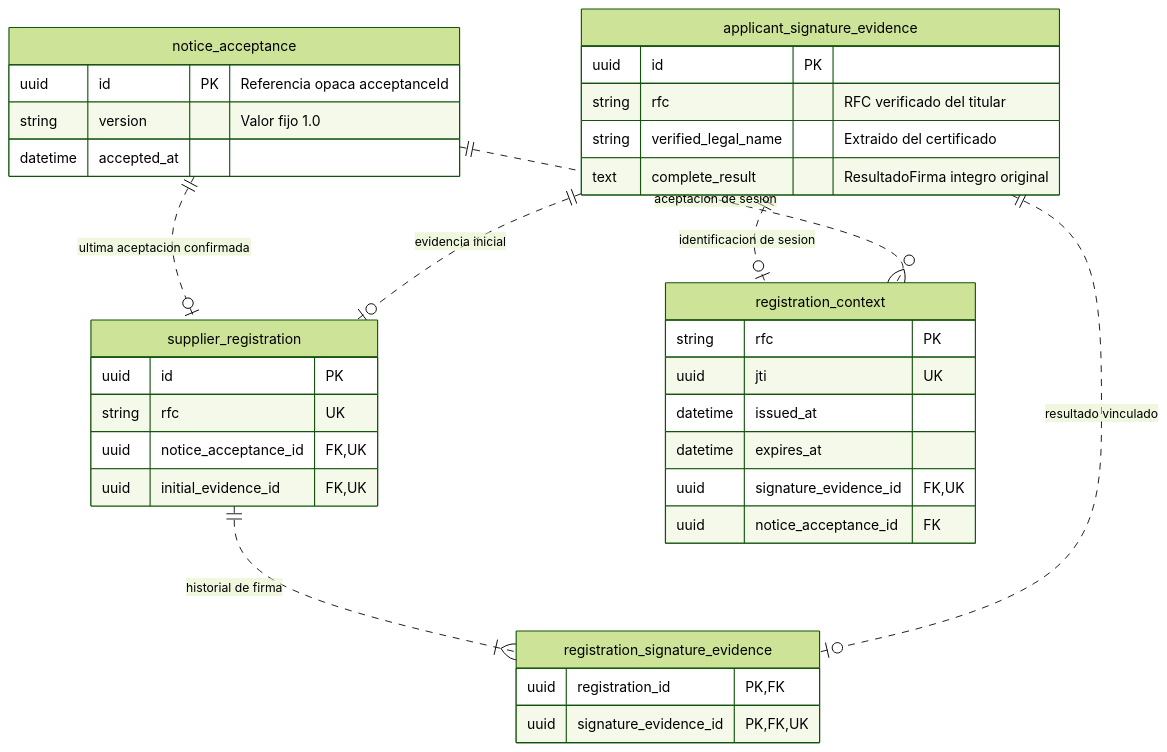
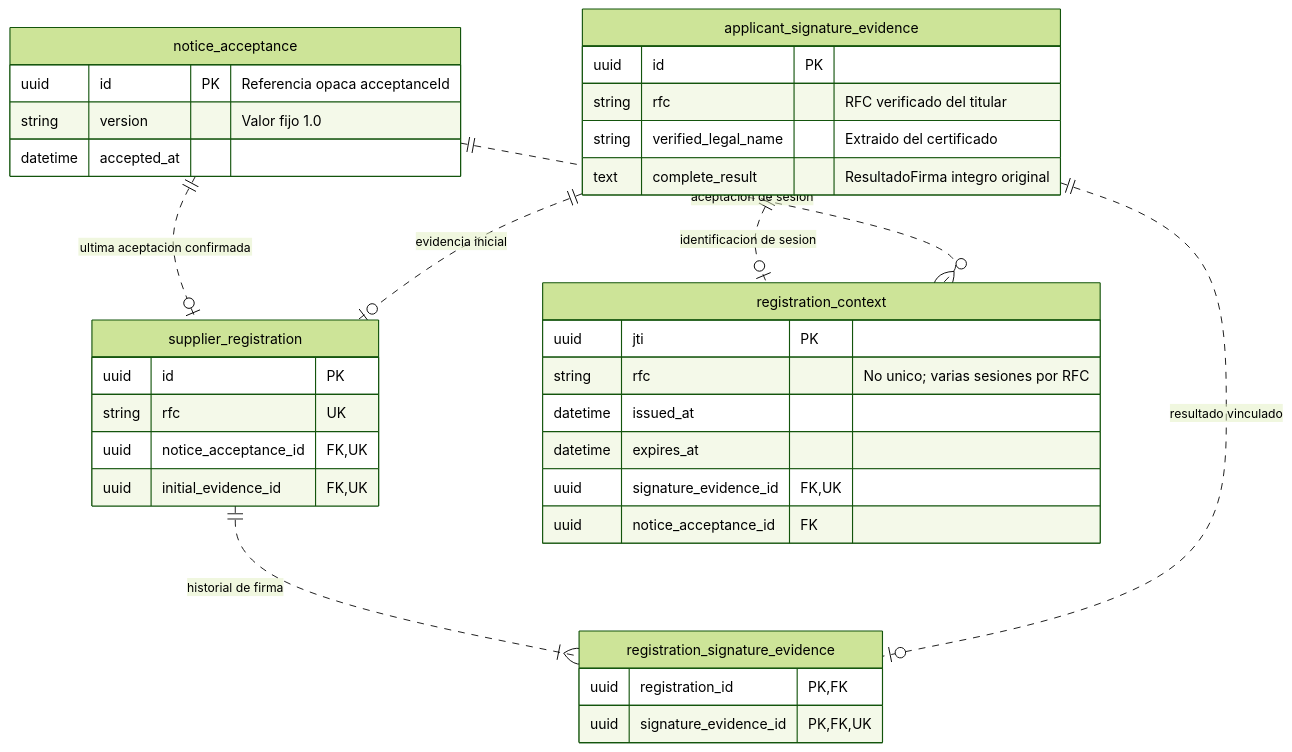
Before and after one commit to fredkor/ai-ssd-registro-proveedores: the fifth of 5 diagrams in specs/architecture/registration-database-design.md, drawn with Mermaid (forest theme). The commit also changed other lines of this file and 12 other files, not shown here.

First line of the commit message:
design: Se aprueban diseños de persistencia y catálogos, JWT con varias sesiones y ADR-0017 PostgreSQL 17.

````diff
--- a/specs/architecture/registration-database-design.md
+++ b/specs/architecture/registration-database-design.md
@@ -190,38 +192,38 @@
 ```mermaid
 erDiagram
     supplierRegistration["supplier_registration"] {
         uuid id PK
         string rfc UK
         uuid notice_acceptance_id FK,UK
         uuid initial_evidence_id FK,UK
     }
     noticeAcceptance["notice_acceptance"] {
         uuid id PK "Referencia opaca acceptanceId"
         string version "Valor fijo 1.0"
         datetime accepted_at
     }
     applicantSignatureEvidence["applicant_signature_evidence"] {
         uuid id PK
         string rfc "RFC verificado del titular"
         string verified_legal_name "Extraido del certificado"
         text complete_result "ResultadoFirma integro original"
     }
     registrationSignatureEvidence["registration_signature_evidence"] {
         uuid registration_id PK,FK
         uuid signature_evidence_id PK,FK,UK
     }
     registrationContext["registration_context"] {
-        string rfc PK
-        uuid jti UK
+        uuid jti PK
+        string rfc "No unico; varias sesiones por RFC"
         datetime issued_at
         datetime expires_at
         uuid signature_evidence_id FK,UK
         uuid notice_acceptance_id FK
     }
     noticeAcceptance ||..o| supplierRegistration : "ultima aceptacion confirmada"
     applicantSignatureEvidence ||..o| supplierRegistration : "evidencia inicial"
     supplierRegistration ||..|{ registrationSignatureEvidence : "historial de firma"
     applicantSignatureEvidence ||..o| registrationSignatureEvidence : "resultado vinculado"
     applicantSignatureEvidence ||..o| registrationContext : "identificacion de sesion"
     noticeAcceptance ||..o{ registrationContext : "aceptacion de sesion"
 ```
````
